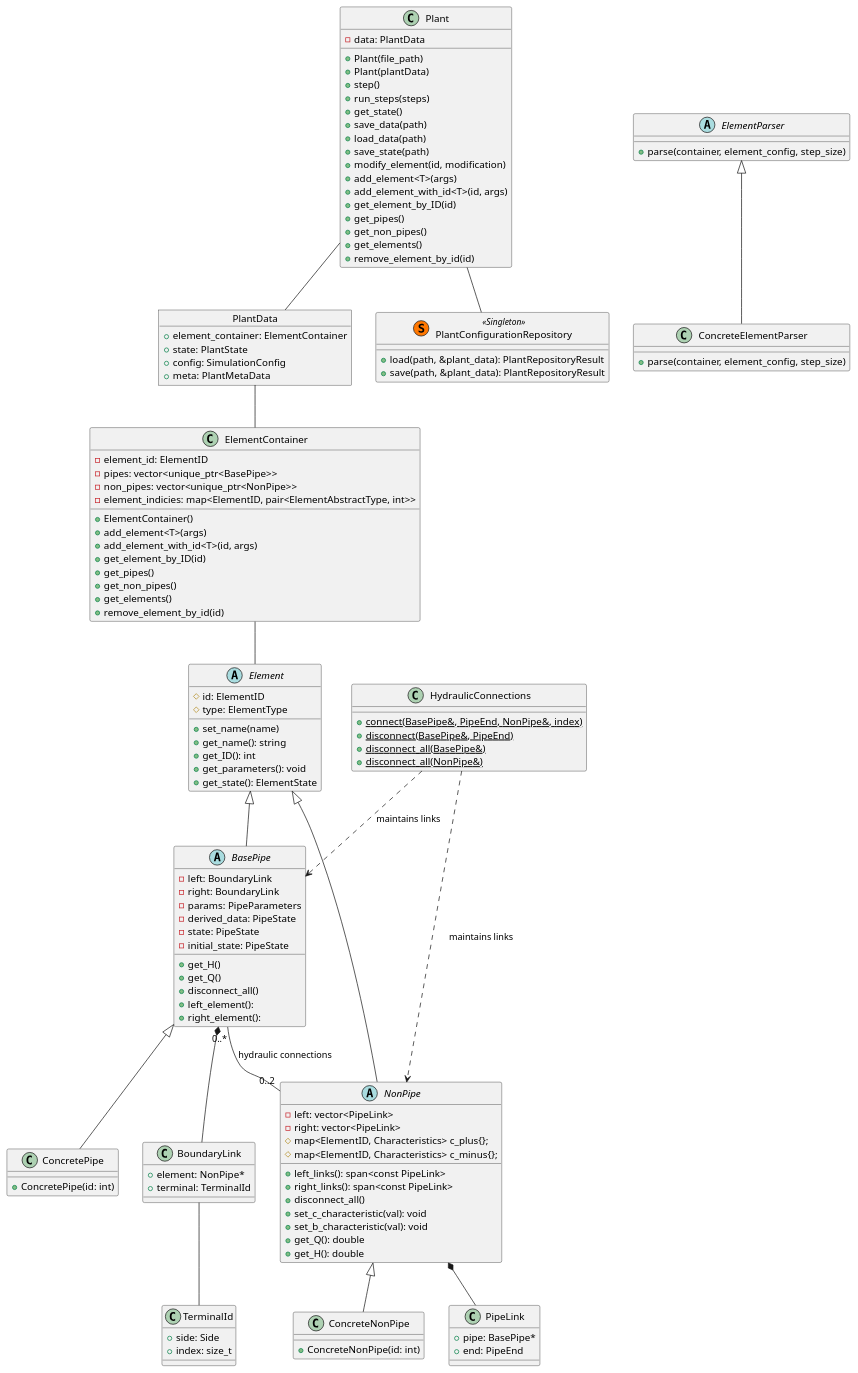
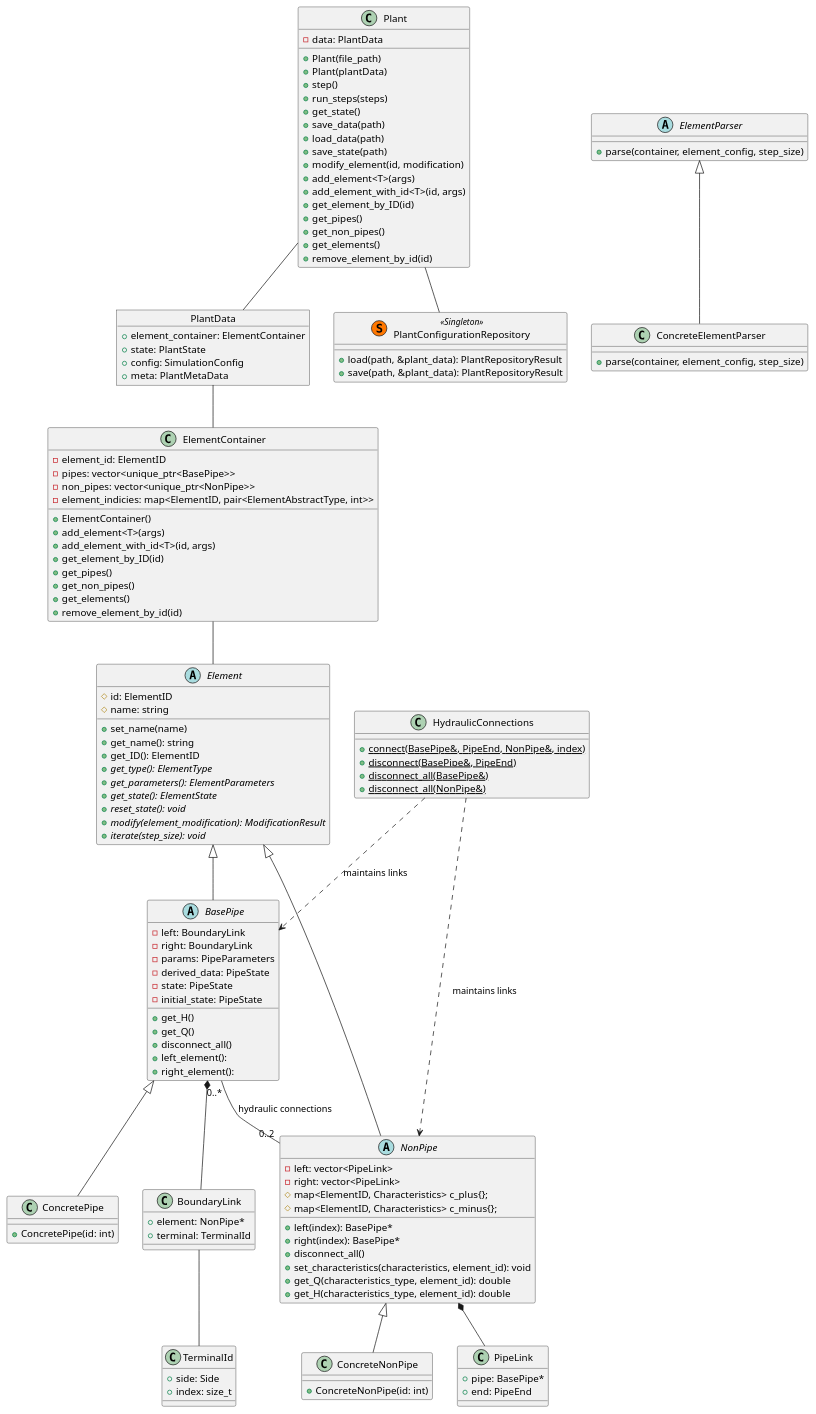
One commit to LVTrans/LVTransCore changed the diagram in assets/system_architecture.puml. Above: the diagram before and after it, drawn with PlantUML. The commit also changed 18 other files, not shown here.

```diff
--- a/assets/system_architecture.puml
+++ b/assets/system_architecture.puml
@@ -1,157 +1,160 @@
 @startuml
 
 abstract class Element {
   # id: ElementID
-  # type: ElementType
+  # name: string
   + set_name(name)
   + get_name(): string
-  + get_ID(): int
-  + get_parameters(): void
-  + get_state(): ElementState
+  + get_ID(): ElementID
+  + get_type(): ElementType {abstract}
+  + get_parameters(): ElementParameters {abstract}
+  + get_state(): ElementState {abstract}
+  + reset_state(): void {abstract}
+  + modify(element_modification): ModificationResult {abstract}
+  + iterate(step_size): void {abstract}
 
 }
 
 abstract class NonPipe {
   - left: vector<PipeLink>
   - right: vector<PipeLink>
   # map<ElementID, Characteristics> c_plus{};
   # map<ElementID, Characteristics> c_minus{};
-  + left_links(): span<const PipeLink>
-  + right_links(): span<const PipeLink>
+  + left(index): BasePipe*
+  + right(index): BasePipe*
   + disconnect_all()
-  + set_c_characteristic(val): void
-  + set_b_characteristic(val): void
-  + get_Q(): double
-  + get_H(): double
+  + set_characteristics(characteristics, element_id): void
+  + get_Q(characteristics_type, element_id): double
+  + get_H(characteristics_type, element_id): double
 
 }
 
 abstract class BasePipe {
   - left: BoundaryLink
   - right: BoundaryLink
   - params: PipeParameters
   - derived_data: PipeState
   - state: PipeState
   - initial_state: PipeState
   + get_H()
   + get_Q()
   + disconnect_all()
   + left_element(): 
   + right_element(): 
 }
 
 class ConcreteNonPipe  {
   + ConcreteNonPipe(id: int)
 }
 
 class ConcretePipe {
   + ConcretePipe(id: int)
 }
 
 
 class Plant {
   - data: PlantData
   + Plant(file_path)
   + Plant(plantData)
   + step()
   + run_steps(steps)
   + get_state()
   + save_data(path)
   + load_data(path)
   + save_state(path)
   + modify_element(id, modification)
   + add_element<T>(args)
   + add_element_with_id<T>(id, args)
   + get_element_by_ID(id)
   + get_pipes()
   + get_non_pipes()
   + get_elements()
   + remove_element_by_id(id)
 }
 
 
 object PlantData {
   + element_container: ElementContainer
   + state: PlantState
   + config: SimulationConfig
   + meta: PlantMetaData
 }
 
 
 class ElementContainer {
   - element_id: ElementID
   - pipes: vector<unique_ptr<BasePipe>>
   - non_pipes: vector<unique_ptr<NonPipe>>
   - element_indicies: map<ElementID, pair<ElementAbstractType, int>>
   + ElementContainer()
   + add_element<T>(args)
   + add_element_with_id<T>(id, args)
   + get_element_by_ID(id)
   + get_pipes()
   + get_non_pipes()
   + get_elements()
   + remove_element_by_id(id)
 }
 
 
 class PlantConfigurationRepository << (S,#FF7700) Singleton >> {
   + load(path, &plant_data): PlantRepositoryResult
   + save(path, &plant_data): PlantRepositoryResult
 }
 
 abstract class ElementParser {
   + parse(container, element_config, step_size)
 }
 
 class ConcreteElementParser {
   + parse(container, element_config, step_size)
 }
 
 
 
 
 class HydraulicConnections {
   {static} + connect(BasePipe&, PipeEnd, NonPipe&, index)
   {static} + disconnect(BasePipe&, PipeEnd)
   {static} + disconnect_all(BasePipe&)
   {static} + disconnect_all(NonPipe&)
 }
 
 class BoundaryLink {
   + element: NonPipe*
   + terminal: TerminalId
 }
 class PipeLink {
   + pipe: BasePipe*
   + end: PipeEnd
 }
 class TerminalId {
   + side: Side
   + index: size_t
 }
 
 ' Relations
 HydraulicConnections ..> BasePipe : maintains links
 HydraulicConnections ..> NonPipe : maintains links
 BasePipe *-- BoundaryLink
 NonPipe *-- PipeLink
 BoundaryLink -- TerminalId
 Plant -- PlantData
 
 Element <|-- NonPipe
 Element <|-- BasePipe
 
 NonPipe <|-- ConcreteNonPipe
 BasePipe <|-- ConcretePipe
 BasePipe "0..*" -- "0..2" NonPipe : hydraulic connections
 
 
 ElementParser <|-- ConcreteElementParser
 
 
 ElementContainer -- Element
 
 PlantData -- ElementContainer
 Plant -- PlantConfigurationRepository
 
 @enduml
```
